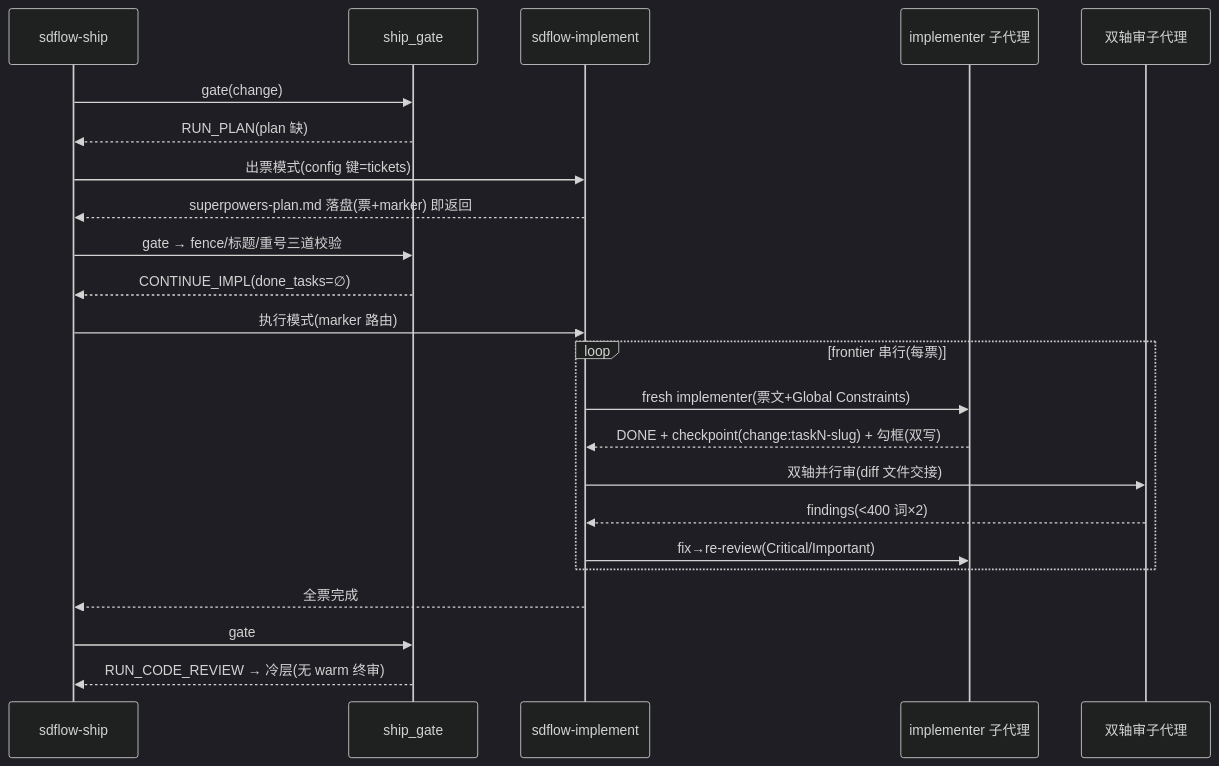
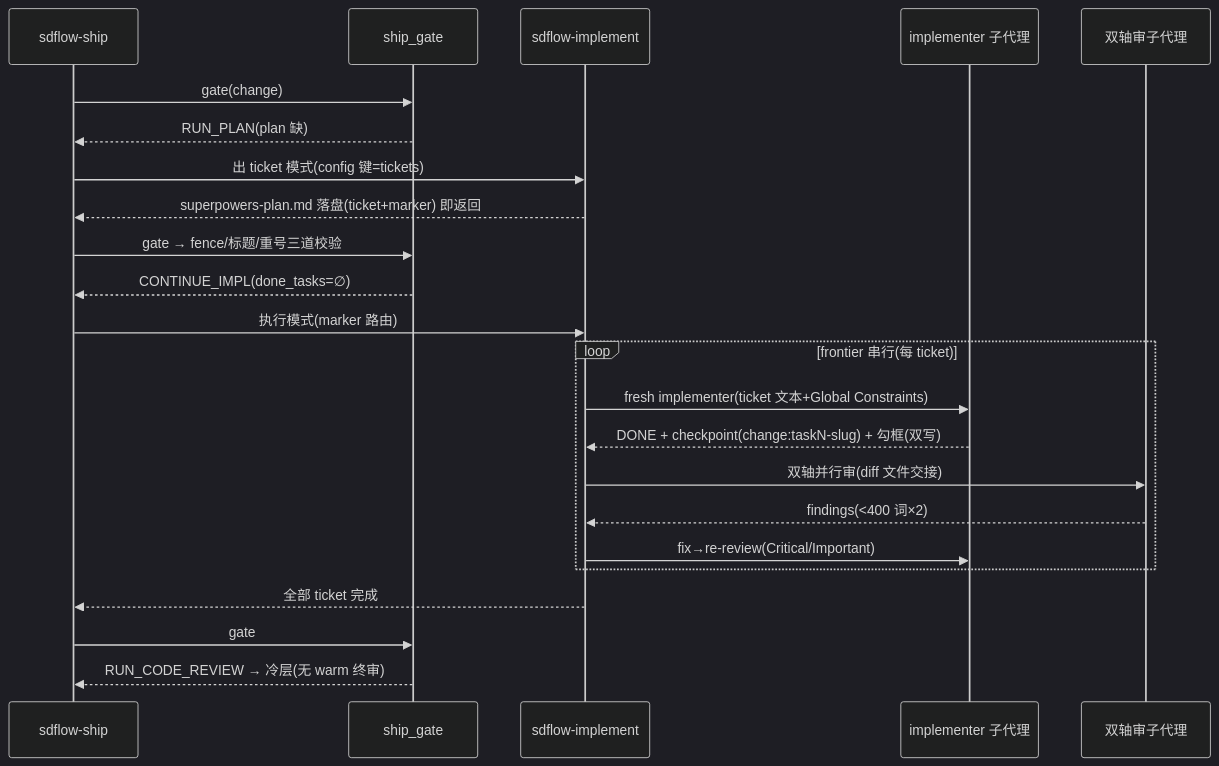
One commit to laodao-ai/sdflow-skills changed the second of 2 diagrams in openspec/changes/matt-workflow-integration/design.md. Above: the diagram before and after it, drawn with Mermaid (dark theme). The commit also changed other lines of this file and 6 other files, not shown here.

````diff
--- a/openspec/changes/matt-workflow-integration/design.md
+++ b/openspec/changes/matt-workflow-integration/design.md
@@ -93,25 +97,25 @@
 ```mermaid
 sequenceDiagram
     participant S as sdflow-ship
     participant G as ship_gate
     participant I as sdflow-implement
     participant W as implementer 子代理
     participant R as 双轴审子代理
     S->>G: gate(change)
     G-->>S: RUN_PLAN(plan 缺)
-    S->>I: 出票模式(config 键=tickets)
-    I-->>S: superpowers-plan.md 落盘(票+marker) 即返回
+    S->>I: 出 ticket 模式(config 键=tickets)
+    I-->>S: superpowers-plan.md 落盘(ticket+marker) 即返回
     S->>G: gate → fence/标题/重号三道校验
     G-->>S: CONTINUE_IMPL(done_tasks=∅)
     S->>I: 执行模式(marker 路由)
-    loop frontier 串行(每票)
-        I->>W: fresh implementer(票文+Global Constraints)
+    loop frontier 串行(每 ticket)
+        I->>W: fresh implementer(ticket 文本+Global Constraints)
         W-->>I: DONE + checkpoint(change:taskN-slug) + 勾框(双写)
         I->>R: 双轴并行审(diff 文件交接)
         R-->>I: findings(<400 词×2)
         I->>W: fix→re-review(Critical/Important)
     end
-    I-->>S: 全票完成
+    I-->>S: 全部 ticket 完成
     S->>G: gate
     G-->>S: RUN_CODE_REVIEW → 冷层(无 warm 终审)
 ```
````
